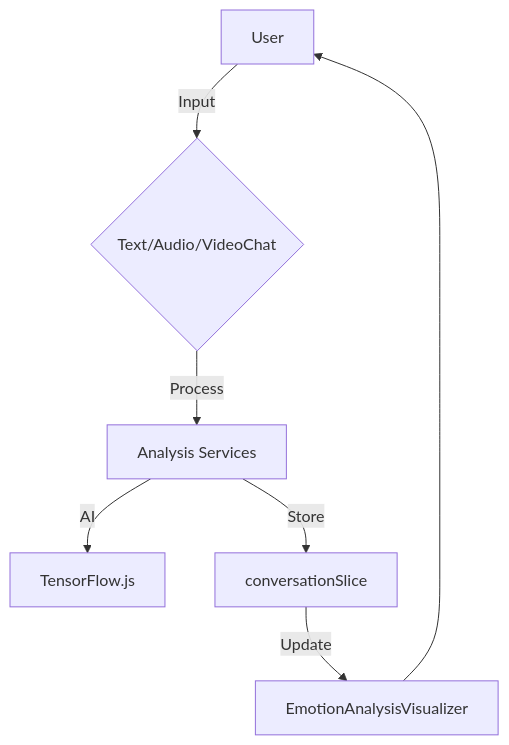
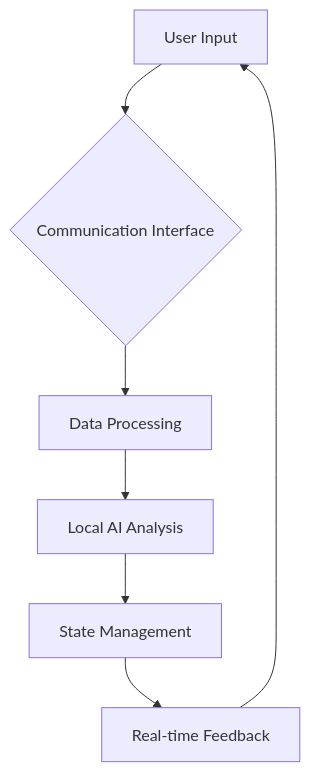
Before and after one commit to rbasina/ai-communication-companion: the fifth of 5 diagrams in README.md, drawn with Mermaid.

Commit message:
animation flow READM.md

````diff
--- a/README.md
+++ b/README.md
@@ -157,9 +157,9 @@
 ```mermaid
 graph TD
-    User -->|Input| Chat{Text/Audio/VideoChat}
-    Chat -->|Process| Service[Analysis Services]
-    Service -->|AI| TensorFlow.js
-    Service -->|Store| Redux[conversationSlice]
-    Redux -->|Update| Viz[EmotionAnalysisVisualizer]
-    Viz --> User
+    User[User Input] --> Interface{Communication Interface}
+    Interface --> Processing[Data Processing]
+    Processing --> AI[Local AI Analysis]
+    AI --> Storage[State Management]
+    Storage --> Feedback[Real-time Feedback]
+    Feedback --> User
 ```
````
